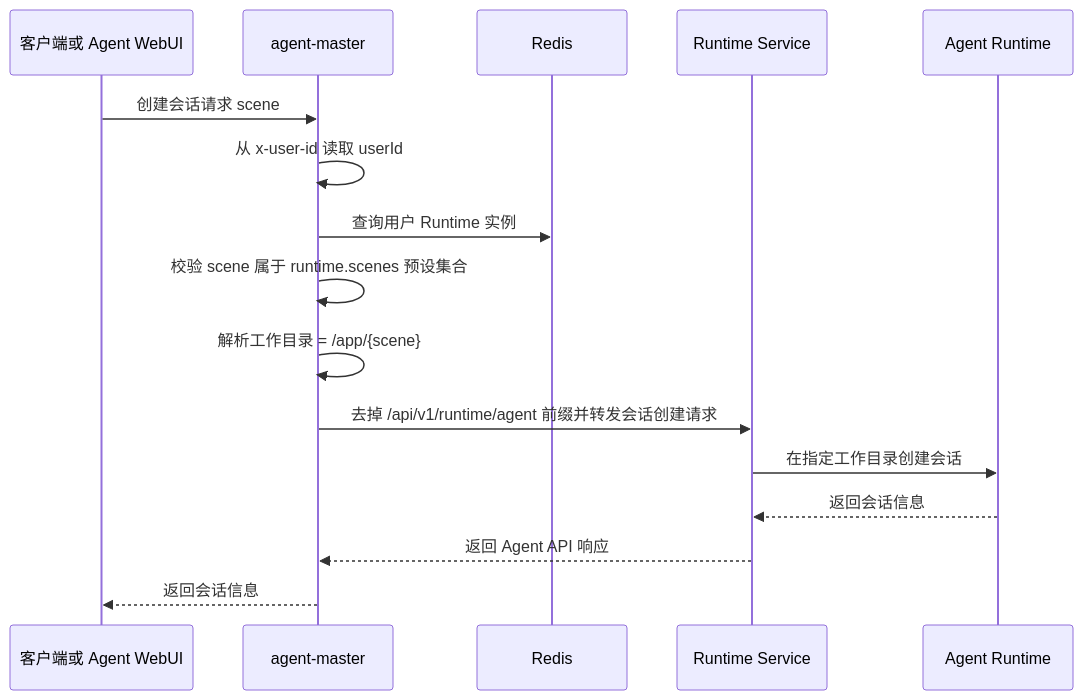
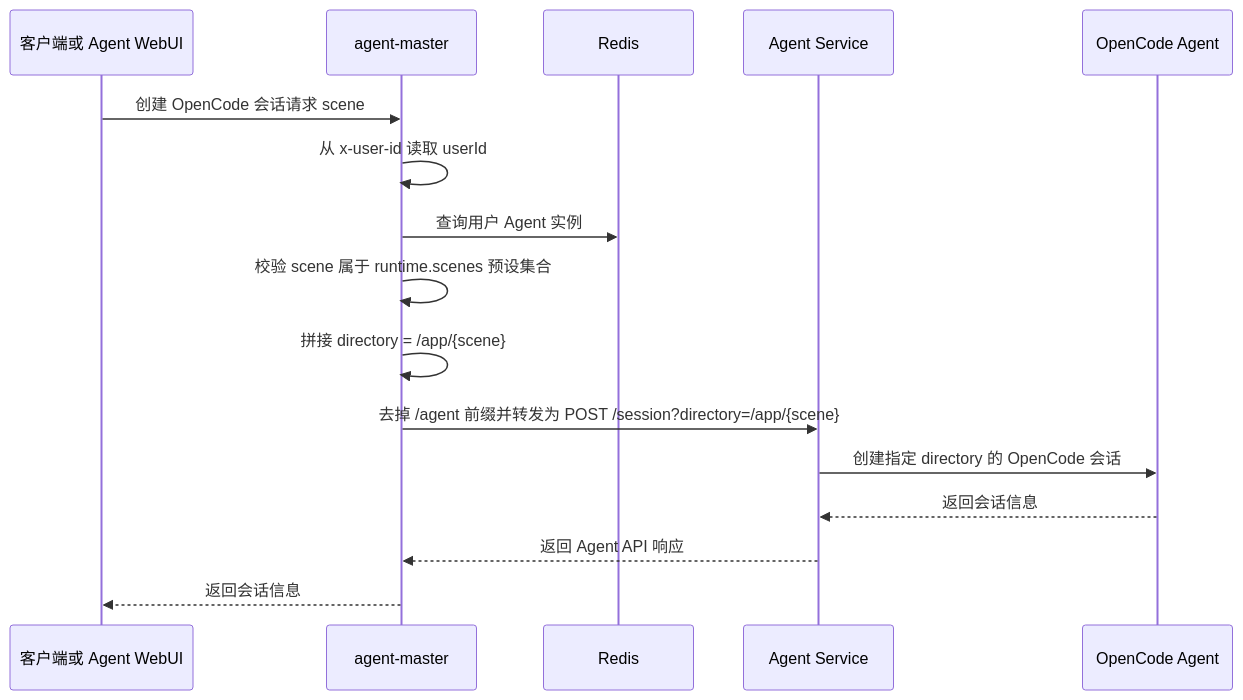
One commit to ArchAIHarness/agent-master changed the fifth of 7 diagrams in README.md. Above: the diagram before and after it, drawn with Mermaid. The commit also changed other lines of this file and 24 other files, not shown here.

Commit message:
fix: restore stable runtime control flow

````diff
--- a/README.md
+++ b/README.md
@@ -208,19 +209,19 @@
 ```mermaid
 sequenceDiagram
     participant C as 客户端或 Agent WebUI
     participant A as agent-master
     participant R as Redis
-    participant S as Runtime Service
-    participant O as Agent Runtime
+    participant S as Agent Service
+    participant O as OpenCode Agent
 
-    C->>A: 创建会话请求 scene
+    C->>A: 创建 OpenCode 会话请求 scene
     A->>A: 从 x-user-id 读取 userId
-    A->>R: 查询用户 Runtime 实例
+    A->>R: 查询用户 Agent 实例
     A->>A: 校验 scene 属于 runtime.scenes 预设集合
-    A->>A: 解析工作目录 = /app/{scene}
-    A->>S: 去掉 /api/v1/runtime/agent 前缀并转发会话创建请求
-    S->>O: 在指定工作目录创建会话
+    A->>A: 拼接 directory = /app/{scene}
+    A->>S: 去掉 /agent 前缀并转发为 POST /session?directory=/app/{scene}
+    S->>O: 创建指定 directory 的 OpenCode 会话
     O-->>S: 返回会话信息
     S-->>A: 返回 Agent API 响应
     A-->>C: 返回会话信息
 ```
````
